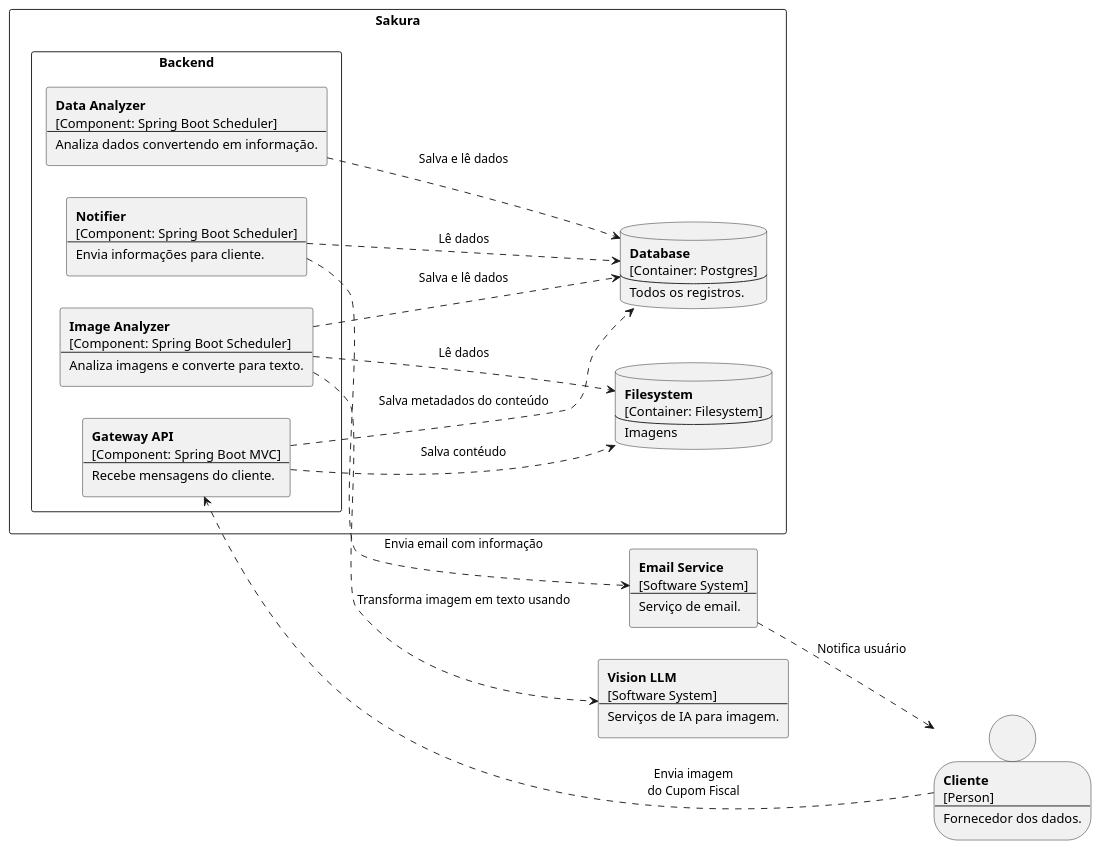
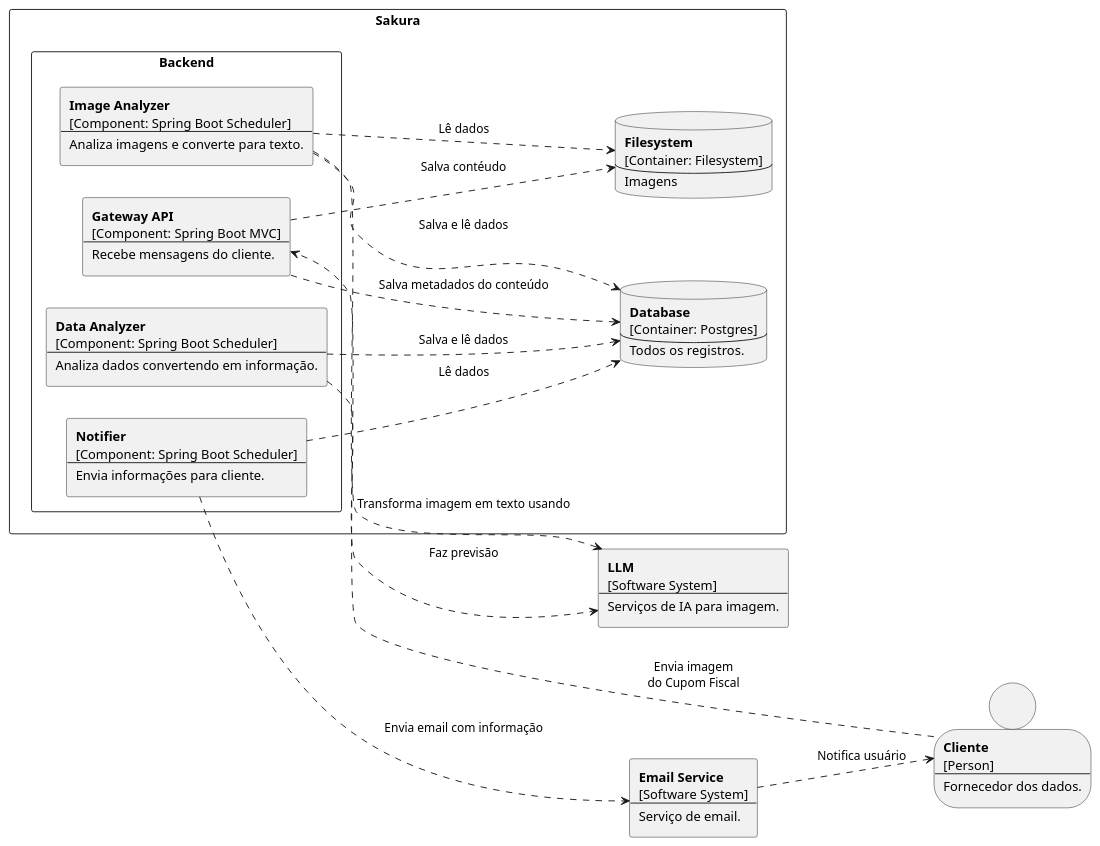
One commit to alvarengacarlos/Sakura changed the diagram in doc/c4-diagrams/3-component-diagram.plantuml. Above: the diagram before and after it, drawn with PlantUML. The commit also changed 2 other files, not shown here.

Commit message:
Fixes C4 diagrams renaming the software system Vision LLM to only LLM

```diff
--- a/doc/c4-diagrams/3-component-diagram.plantuml
+++ b/doc/c4-diagrams/3-component-diagram.plantuml
@@ -1,81 +1,82 @@
 @startuml
 left to right direction
 
 person C [
 <b>Cliente</b>
 [Person]
 ---
 Fornecedor dos dados.
 ]
 
 rectangle E [
 <b>Email Service</b>
 [Software System]
 ---
 Serviço de email.
 ]
 
 rectangle Sakura as S {
     rectangle Backend {
         rectangle G [
         <b>Gateway API</b>
         [Component: Spring Boot MVC]
         ---
         Recebe mensagens do cliente.
         ]
 
         rectangle IA [
         <b>Image Analyzer</b>
         [Component: Spring Boot Scheduler]
         ---
         Analiza imagens e converte para texto.
         ]
 
         rectangle DA [
         <b>Data Analyzer</b>
         [Component: Spring Boot Scheduler]
         ---
         Analiza dados convertendo em informação.
         ]
 
         rectangle N [
         <b>Notifier</b>
         [Component: Spring Boot Scheduler]
         ---
         Envia informações para cliente.
         ]
     }
 
     database DB [
     <b>Database</b>
     [Container: Postgres]
     ---
     Todos os registros.
     ]
 
     database FS [
     <b>Filesystem</b>
     [Container: Filesystem]
     ---
     Imagens
     ]
 }
 
 rectangle VIA [
-<b>Vision LLM</b>
+<b>LLM</b>
 [Software System]
 ---
 Serviços de IA para imagem.
 ]
 
 C ..> G : Envia imagem\ndo Cupom Fiscal
 G ..> DB : Salva metadados do conteúdo
 G ..> FS : Salva contéudo
 IA ..> DB : Salva e lê dados
 IA ..> FS : Lê dados
 IA ..> VIA : Transforma imagem em texto usando
 DA ..> DB : Salva e lê dados
+DA ..> VIA : Faz previsão
 N ..> DB : Lê dados
 N ..> E : Envia email com informação
 E ..> C : Notifica usuário
 @enduml
```
